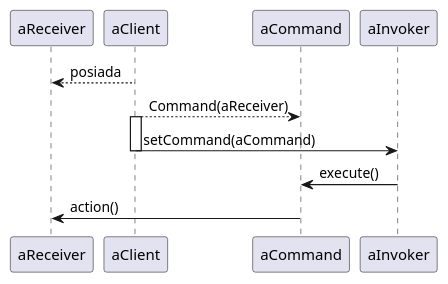
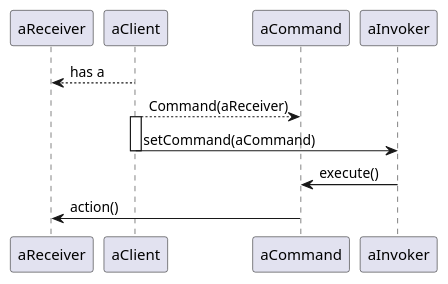
Before and after one commit to asvid/asvid.github.io: the second of 2 diagrams in _posts/2021-08-22-kotlin-command-pattern.md, drawn with PlantUML. The commit also changed 1 other file, not shown here.

Commit message:
typo fix

```diff
--- a/_posts/2021-08-22-kotlin-command-pattern.md
+++ b/_posts/2021-08-22-kotlin-command-pattern.md
@@ -89,14 +89,14 @@
 {% plantuml %}
 @startuml
 
 participant aReceiver
-aClient --> aReceiver : posiada
+aClient --> aReceiver : has a
 aClient --> aCommand: Command(aReceiver)
 activate aClient
 aClient -> aInvoker : setCommand(aCommand)
 deactivate aClient
 aInvoker -> aCommand : execute()
 aCommand -> aReceiver : action()
 
 @enduml
 {% endplantuml %}
```
